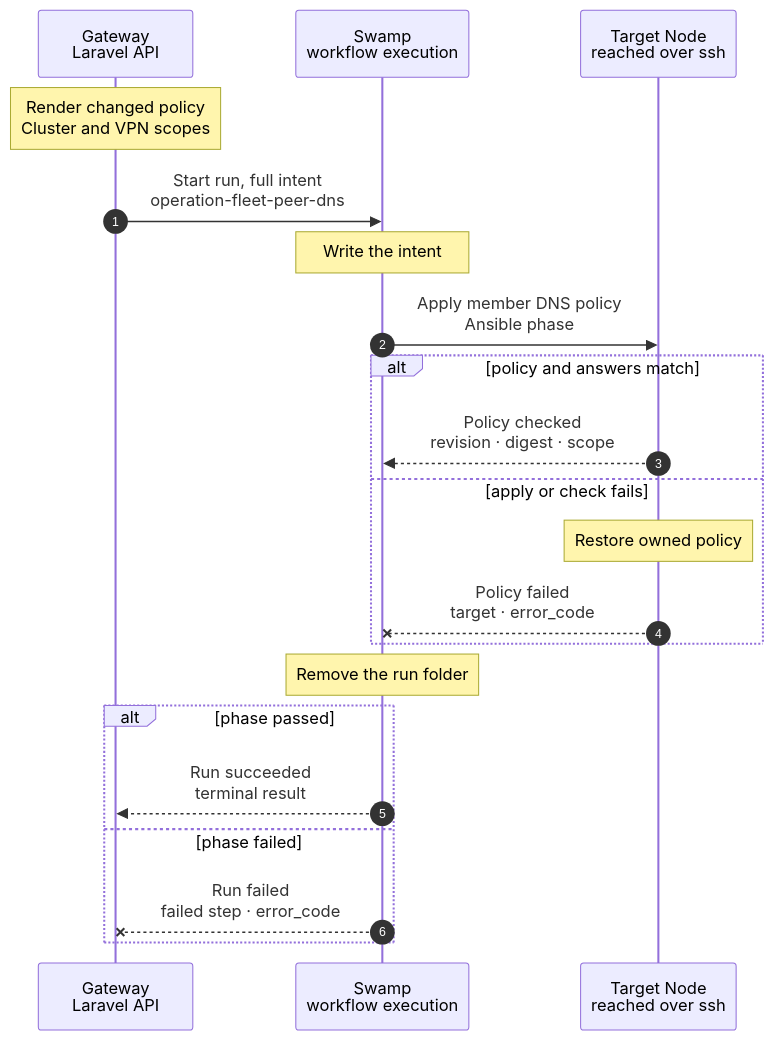
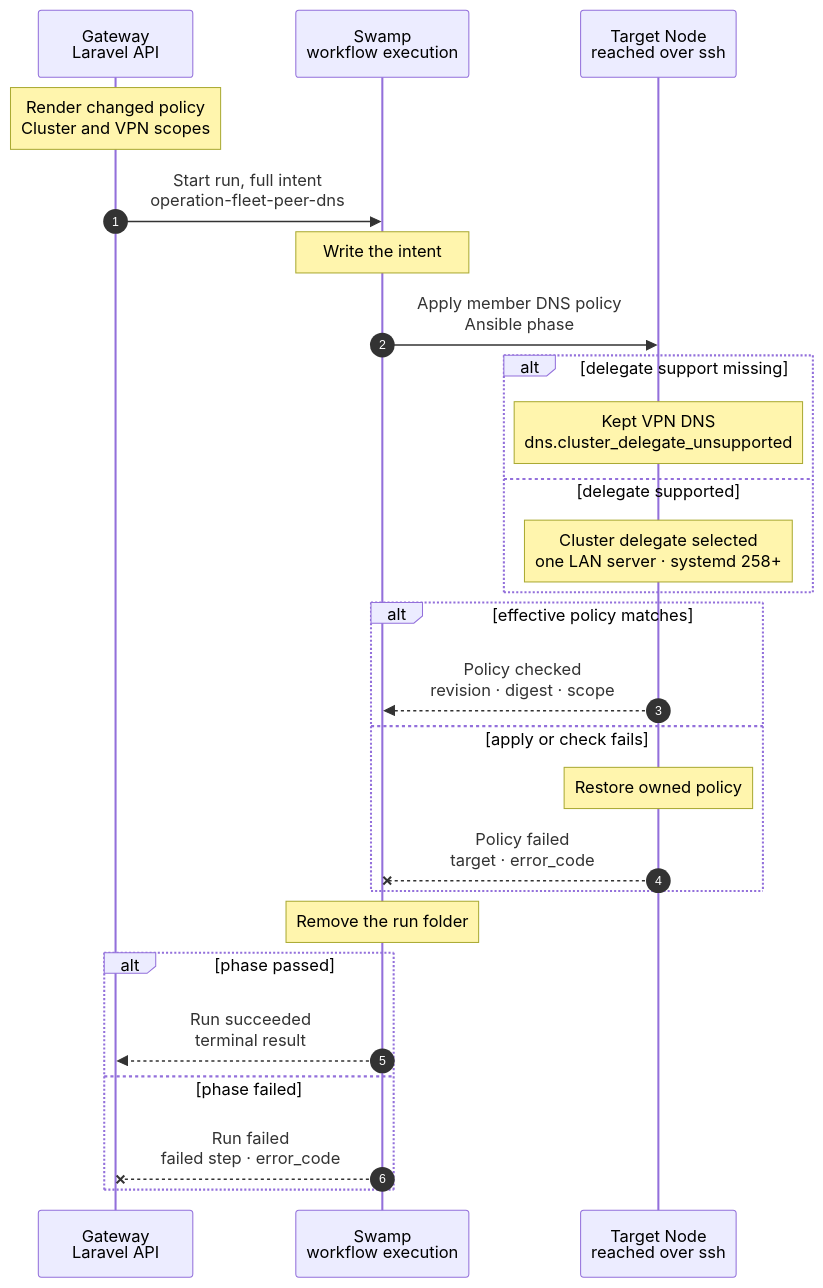
The diagram in docs/cli/fleet/peer-dns.mmd (hardimpactdev/orbit), drawn with Mermaid before and after one commit. The commit also changed 10 other files, not shown here.

Commit message:
docs(dns): specify Cluster delegates without automatic fallback

```diff
--- a/docs/cli/fleet/peer-dns.mmd
+++ b/docs/cli/fleet/peer-dns.mmd
@@ -1,66 +1,77 @@
 sequenceDiagram
   %% Target design: ADR 0248 Cluster router resolver amendment; one shared member policy for peer reconcile, converge and Cluster lifecycle.
   %% Tightened: flow-tighten rules 6, 22, 27, 28: persistence, live apply and check form one Ansible phase.
   %% status: draft
   %% command: none · managed DNS policy changes
   %% kind: fleet.peer_dns
   autonumber
   %% lane GW icon=gateway pill=intent tone=blue
   %% lane SW icon=workflow pill=executes tone=green
   %% lane N icon=server pill=target tone=amber
   participant GW as Gateway<br/>Laravel API
   participant SW as Swamp<br/>workflow execution
   participant N as Target Node<br/>reached over ssh
   Note over GW: Render changed policy<br/>Cluster and VPN scopes
   %%> Requirements:
-  %%> - an active, managed Linux Node with an active Cluster membership and a LAN address selects its Cluster's ready LAN Router, including the Router itself
-  %%> - all other managed peers keep the VPN split policy; unsupported link ownership or a conflicting explicit DNS override refuses before mutation
+  %%> - an active, managed Linux Node with an active Cluster membership, LAN address and systemd-resolved delegate support selects its Cluster's ready LAN Router, including the Router itself
+  %%> - all other managed peers keep the VPN split policy; a conflicting explicit DNS override refuses before mutation
   %%> - a roleless member needs managed SSH enrollment, not a workload role; unmanaged devices are reported without claiming convergence
   %%> Result:
-  %%> - a complete per-Node projection, revision and digest, including the public resolver invariant
+  %%> - a complete per-Node projection, revision and digest, including delegate capability and the public resolver invariant
   GW->>SW: Start run, full intent<br/>operation-fleet-peer-dns
   %%> Inputs:
-  %%> - LAN server, owned suffixes, remaining VPN domains, probes and pinned SSH connection; no global resolver replacement
+  %%> - Cluster delegate with one LAN server, owned suffixes, remaining VPN domains, probes and pinned SSH connection; no global resolver replacement
   %%> - the same projection is passed to this phase by the shared DNS publication during a Cluster transition
   Note over SW: Write the intent
   %%> What it does:
   %%> - ships the playbook and private run file; a matching policy still gets its end check
   SW->>N: Apply member DNS policy<br/>Ansible phase
   %%> What it does:
-  %%> - resolves the LAN interface from the recorded LAN address and routing table; validates the active network manager and public DNS path before writing
-  %%> - snapshots only owned policy, persists it through link recreation and reboot, applies live scope selection and flushes affected cached answers
-  %%> - leaves addresses, routes, DHCP, resolv.conf and global resolved settings alone
-  %%> Open:
-  %%> - direct LAN per-link DNS is supported only with a separate public DNS scope; same-link public DNS needs the ADR's scope decision
-  %%> - runtime VPN fallback is a separate open decision; two unequal servers are not an ordered failback mechanism
-  alt policy and answers match
+  %%> - checks systemd-resolved delegate support and the LAN route; the vpn Node answers WireGuard addresses and the Router resolver answers its LAN members with LAN addresses
+  %%> - snapshots owned policy, persists the Cluster-only delegate and remaining WireGuard hook and marker, applies both scopes, and checks them in the same phase
+  %%> - leaves LAN-link DNS, addresses, routes, DHCP, resolv.conf and global resolved settings alone; reloads resolved only when the delegate file or live scope differs
+  %%> Runtime failure:
+  %%> - the delegate has no VPN server; Cluster DNS or LAN failure makes its Cluster lookups fail until repair, and Doctor reports it
+  alt delegate support missing
+    %% path: delegate-unsupported
+    Note over N: Kept VPN DNS<br/>dns.cluster_delegate_unsupported
+    %%> Result:
+    %%> - systemd below 258 or missing delegate support removes any owned delegate; checks and records the complete VPN split policy as a successful degraded outcome
+    %%> - Cluster lookups receive WireGuard answers and Doctor reports node.cluster_dns_delegate_unsupported; no second mechanism
+  else delegate supported
+    %% path: delegate-supported
+    Note over N: Cluster delegate selected<br/>one LAN server · systemd 258+
+    %%> Result:
+    %%> - only Cluster domains use the delegate; LAN-link public DNS and remaining VPN domains keep their own scopes
+  end
+  alt effective policy matches
     %% path: succeeded
     N-->>SW: Policy checked<br/>revision · digest · scope
     %%> What it proves:
-    %%> - Cluster A uses LAN and AAAA is NODATA; another private name uses VPN and a public name retains its ordinary resolver
-    %%> - on withdrawal the Cluster suffix uses VPN before LAN policy is removed; no duplicate best-match domain remains
+    %%> - on a supported member Cluster A uses LAN and AAAA is NODATA; unsupported members get WireGuard answers; other private and public names retain their selected resolvers
+    %%> - on withdrawal the Cluster suffix uses VPN before the delegate is removed; no duplicate best-match domain remains
     %%> - an unchanged policy records a successful skip without a resolver reload
   else apply or check fails
     %% path: failed
     Note over N: Restore owned policy
     %%> What it does:
     %%> - restores captured persistent and live settings within the peer lock; leaves later revisions untouched
     %%> - failed recovery keeps its snapshot and reports dns.rollback_failed; the caller cannot retire the old Router
     N--xSW: Policy failed<br/>target · error_code
     %%> Retry:
     %%> - retain the failed target and repeat after repair; no workload or public DNS configuration is deleted
   end
   Note over SW: Remove the run folder
   %%> How:
   %%> - native completed dependencies wait for the phase, then remove disposable files on either outcome
   alt phase passed
     %% path: recorded
     SW-->>GW: Run succeeded<br/>terminal result
     %%> Result:
     %%> - records the applied policy; lifecycle callers can release their member cleanup barrier
   else phase failed
     %% path: refused
     SW--xGW: Run failed<br/>failed step · error_code
     %%> Result:
     %%> - records drift and retains the unfinished transition; no separate member queue owns a Cluster handover
   end
```
